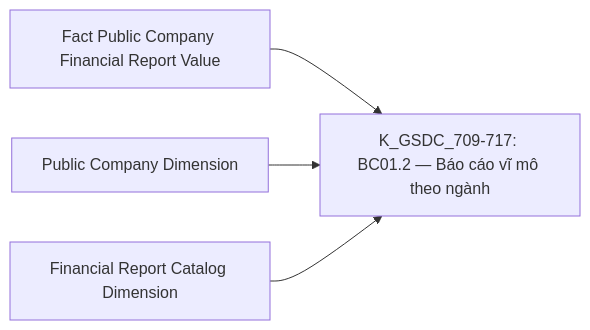
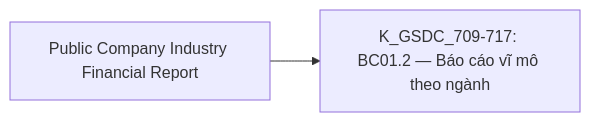
Diagram 50 of 55 in Datamart/hld/DTM_GSDC_HLD.md (linhlvit/ubck_atomic_design), drawn with Mermaid before and after one commit. The commit also changed other lines of this file and 42 other files, not shown here.

````diff
--- a/Datamart/hld/DTM_GSDC_HLD.md
+++ b/Datamart/hld/DTM_GSDC_HLD.md
@@ -2540,6 +2862,4 @@
 ```mermaid
 flowchart LR
-    fct_pc_fr_val_g39["Fact Public Company Financial Report Value"] --> R39["K_GSDC_709-717: BC01.2 — Báo cáo vĩ mô theo ngành"]
-    public_company_dim_g39["Public Company Dimension"] --> R39
-    financial_rpt_catalog_dim_g39["Financial Report Catalog Dimension"] --> R39
+    public_company_industry_financial_rpt_g39["Public Company Industry Financial Report"] --> R39["K_GSDC_709-717: BC01.2 — Báo cáo vĩ mô theo ngành"]
 ```
````
